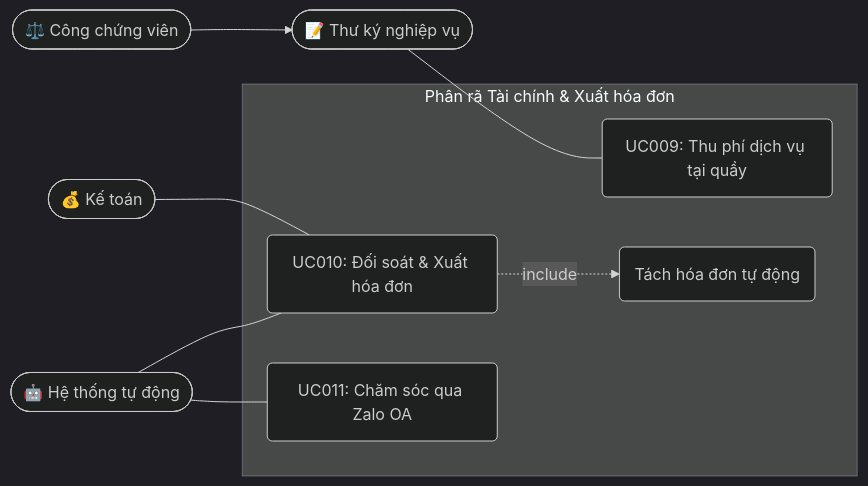
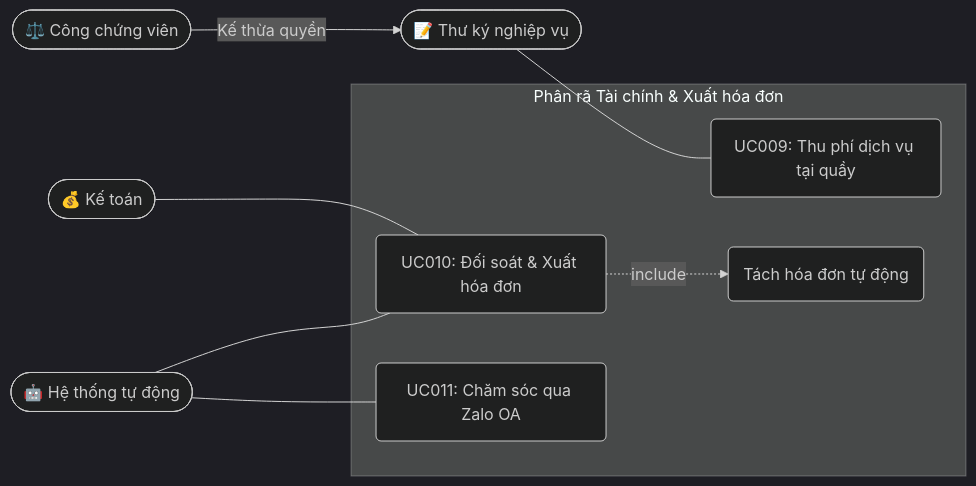
Before and after one commit to MinhHoang22/SRS_VPCC: the seventh of 7 diagrams in docs/SRS_VPCC.md, drawn with Mermaid (dark theme). The commit also changed other lines of this file, not shown here.

````diff
--- a/docs/SRS_VPCC.md
+++ b/docs/SRS_VPCC.md
@@ -331,24 +447,24 @@
 ```mermaid
 flowchart LR
     Sec(["📝 Thư ký nghiệp vụ"])
     CCV(["⚖️ Công chứng viên"])
     Acc(["💰 Kế toán"])
     Sys(["🤖 Hệ thống tự động"])
 
     subgraph Billing_Decomposed ["Phân rã Tài chính & Xuất hóa đơn"]
         UC009("UC009: Thu phí dịch vụ tại quầy")
         UC010("UC010: Đối soát & Xuất hóa đơn")
         UC011("UC011: Chăm sóc qua Zalo OA")
         
         UC_Split("Tách hóa đơn tự động")
     end
 
-    CCV --> Sec
+    CCV -->|Kế thừa quyền| Sec
 
     Sec --- UC009
     Acc --- UC010
     Sys --- UC010
     Sys --- UC011
     
     UC010 -.->|include| UC_Split
 ```
````
